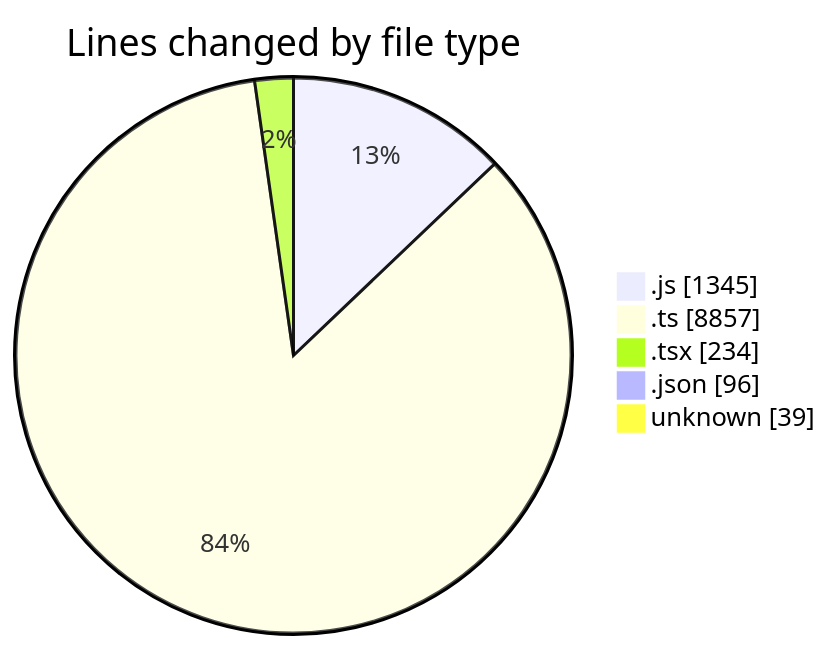
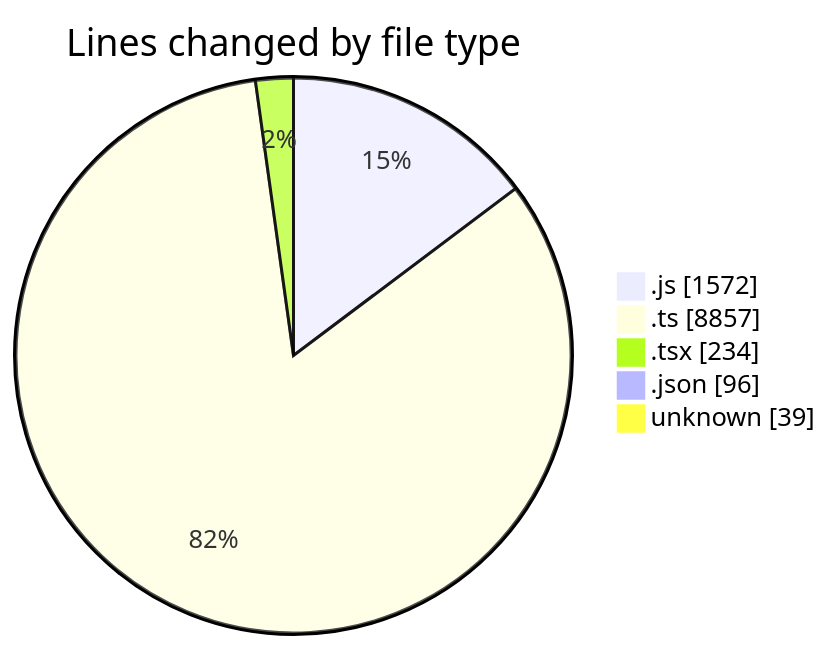
The first of 2 diagrams in 2025-05-14/cda/README.md (momahboobian/code-tracking), drawn with Mermaid before and after one commit. The commit also changed other lines of this file and 1 other file, not shown here.

````diff
--- a/2025-05-14/cda/README.md
+++ b/2025-05-14/cda/README.md
@@ -30,9 +30,9 @@
 ```mermaid
 pie showData
 title Lines changed by file type
-".js" : 1345
+".js" : 1572
 ".ts" : 8857
 ".tsx" : 234
 ".json" : 96
 "unknown" : 39
 ```
````
